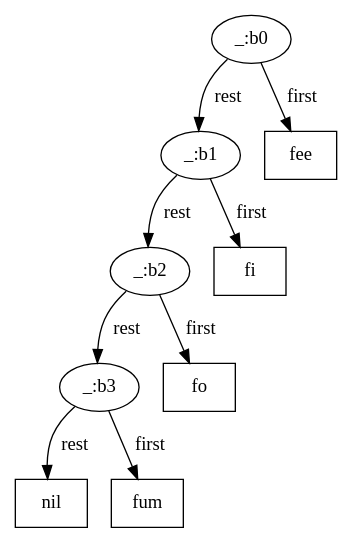
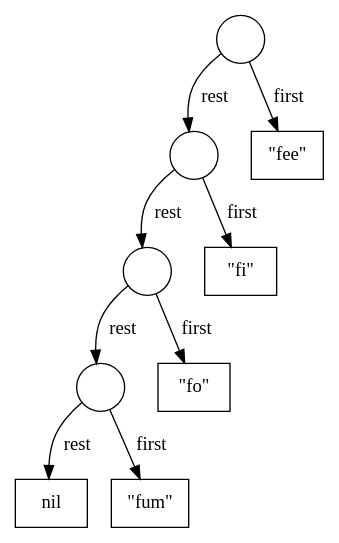
Before and after one commit to underlay/styx: the diagram in docs/images/linked-list.dot, drawn with Graphviz. The commit also changed 22 other files, not shown here.

```diff
--- a/docs/images/linked-list.dot
+++ b/docs/images/linked-list.dot
@@ -1,22 +1,23 @@
 digraph G {
-  "_:b0" [pos="0,1.5!"];
-  "_:b1" [pos="1.5,1.5!"];
-  "_:b2" [pos="3,1.5!"];
-  "_:b3" [pos="4.5,1.5!"];
+  node [shape=circle];
+  "_:b0" [label="" pos="0,1.5!"];
+  "_:b1" [label="" pos="1.5,1.5!"];
+  "_:b2" [label="" pos="3,1.5!"];
+  "_:b3" [label="" pos="4.5,1.5!"];
   "nil" [shape=rect pos="6,1.5!"];
 
-  fee [shape=rect pos="0,0!"];
-  fi [shape=rect pos="1.5,0!"];
-  fo [shape=rect pos="3,0!"];
-  fum [shape=rect pos="4.5,0!"];
+  "\"fee\"" [shape=rect pos="0,0!"];
+  "\"fi\"" [shape=rect pos="1.5,0!"];
+  "\"fo\"" [shape=rect pos="3,0!"];
+  "\"fum\"" [shape=rect pos="4.5,0!"];
 
-  "_:b0" -> fee [label="first "];
-  "_:b1" -> fi  [label="first "];
-  "_:b2" -> fo  [label="first "];
-  "_:b3" -> fum [label="first "];
+  "_:b0" -> "\"fee\"" [label="first "];
+  "_:b1" -> "\"fi\""  [label="first "];
+  "_:b2" -> "\"fo\""  [label="first "];
+  "_:b3" -> "\"fum\"" [label="first "];
 
   "_:b0" -> "_:b1" [label="rest    "];
   "_:b1" -> "_:b2" [label="rest    "];
   "_:b2" -> "_:b3" [label="rest    "];
   "_:b3" -> "nil" [label="rest    "];
 }
```
